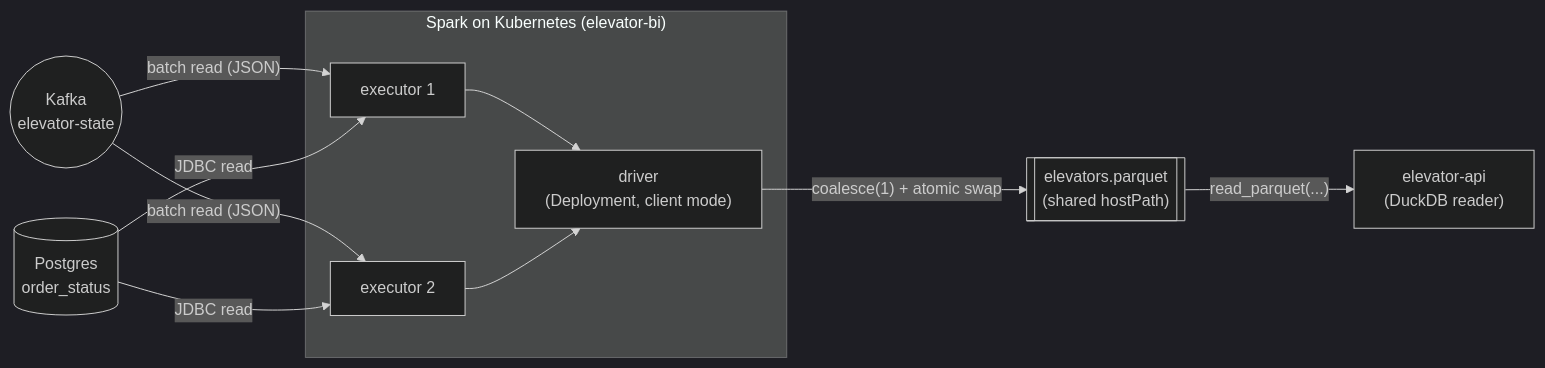
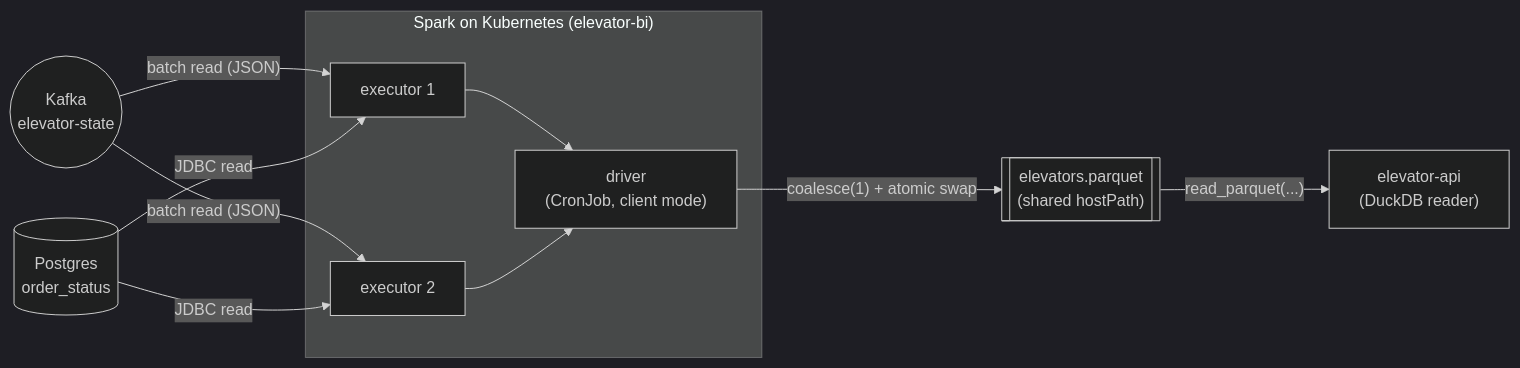
The diagram in elevator-bi/README.md (TwistedLady/elevator-system), drawn with Mermaid (dark theme) before and after one commit. The commit also changed 7 other files, not shown here.

First line of the commit message:
Align BI docs with Parquet architecture; drop dead postgres-stats init

````diff
--- a/elevator-bi/README.md
+++ b/elevator-bi/README.md
@@ -29,18 +29,18 @@
 ```mermaid
 flowchart LR
   kafka(("Kafka<br/>elevator-state"))
   pgSrc[("Postgres<br/>order_status")]
   subgraph spark["Spark on Kubernetes (elevator-bi)"]
-    driver["driver<br/>(Deployment, client mode)"]
+    driver["driver<br/>(CronJob, client mode)"]
     ex1["executor 1"]
     ex2["executor 2"]
   end
   parquet[["elevators.parquet<br/>(shared hostPath)"]]
   api["elevator-api<br/>(DuckDB reader)"]
 
   kafka -- "batch read (JSON)" --> ex1 & ex2
   pgSrc -- "JDBC read" --> ex1 & ex2
   ex1 & ex2 --> driver
   driver -- "coalesce(1) + atomic swap" --> parquet
   parquet -- "read_parquet(...)" --> api
 ```
````
